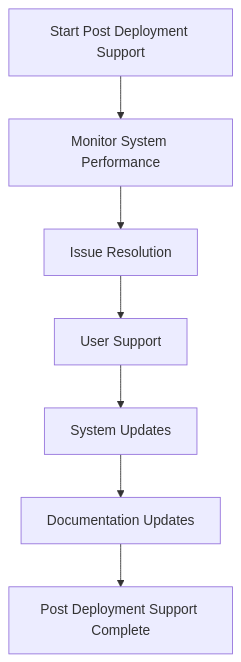
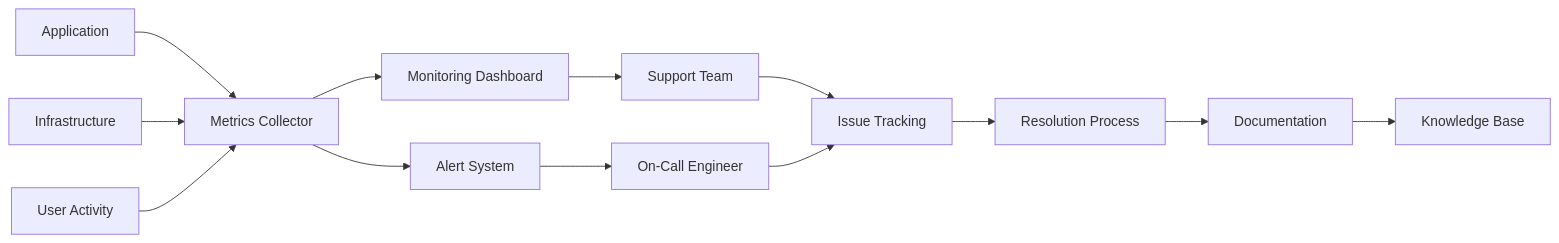
One commit to Shakour-Data/AutoProjectManagement changed the fourth of 5 diagrams in Docs/json_inputs_standard/Deployment/Post_Deployment_Support.md. Above: the diagram before and after it, drawn with Mermaid. The commit also changed other lines of this file, not shown here.

````diff
--- a/Docs/json_inputs_standard/Deployment/Post_Deployment_Support.md
+++ b/Docs/json_inputs_standard/Deployment/Post_Deployment_Support.md
@@ -91,9 +233,19 @@
 ```mermaid
-flowchart TD
-    A[Start Post Deployment Support] --> B[Monitor System Performance]
-    B --> C[Issue Resolution]
-    C --> D[User Support]
-    D --> E[System Updates]
-    E --> F[Documentation Updates]
-    F --> G[Post Deployment Support Complete]
+graph LR
+    A[Application] --> B[Metrics Collector]
+    C[Infrastructure] --> B
+    D[User Activity] --> B
+    
+    B --> E[Monitoring Dashboard]
+    B --> F[Alert System]
+    
+    E --> G[Support Team]
+    F --> H[On-Call Engineer]
+    
+    G --> I[Issue Tracking]
+    H --> I
+    
+    I --> J[Resolution Process]
+    J --> K[Documentation]
+    K --> L[Knowledge Base]
 ```
````
